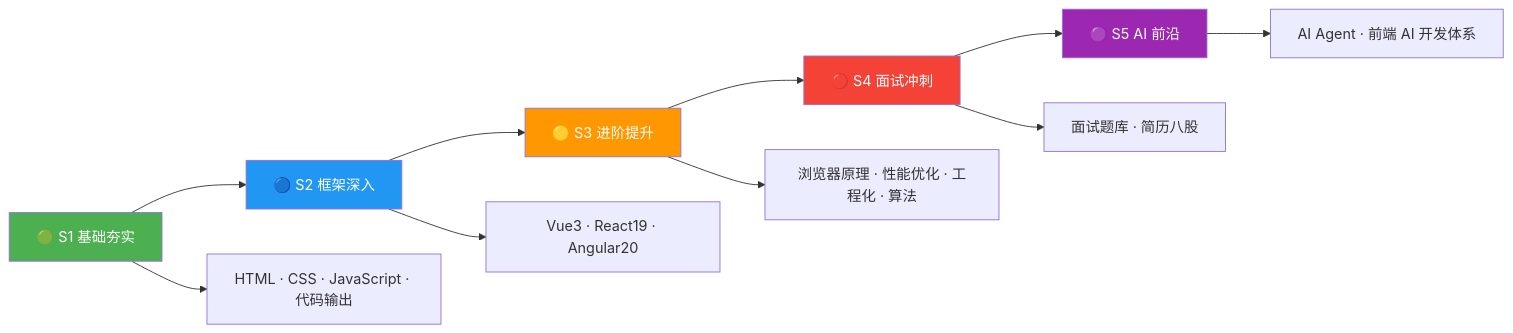
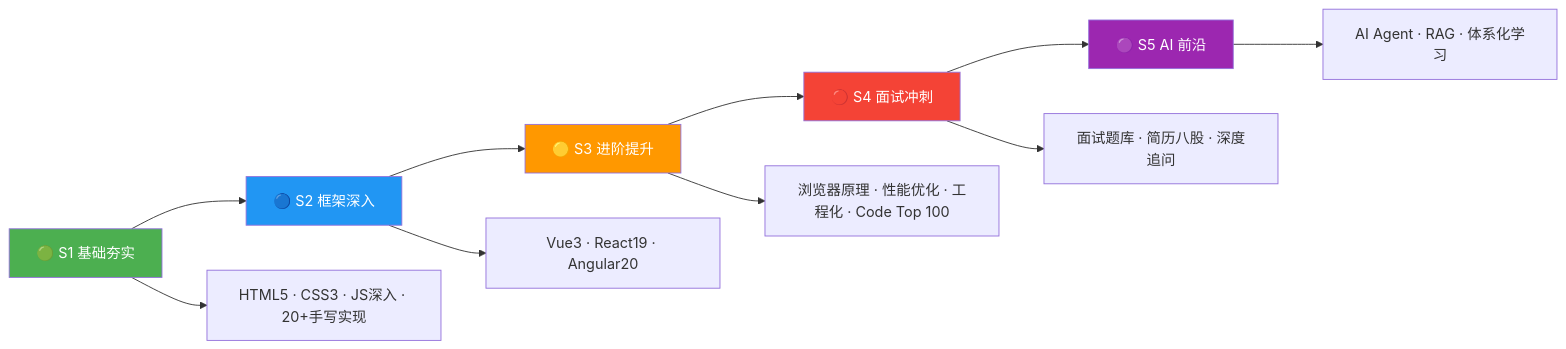
Before and after one commit to KMaybe01/common: the diagram in README.md, drawn with Mermaid. The commit also changed other lines of this file, not shown here.

````diff
--- a/README.md
+++ b/README.md
@@ -9,17 +9,17 @@
 ```mermaid
 graph LR
     S1["🟢 S1 基础夯实"] --> S2["🔵 S2 框架深入"]
     S2 --> S3["🟡 S3 进阶提升"]
     S3 --> S4["🔴 S4 面试冲刺"]
     S4 --> S5["🟣 S5 AI 前沿"]
-    S1 --> A["HTML · CSS · JavaScript · 代码输出"]
+    S1 --> A["HTML5 · CSS3 · JS深入 · 20+手写实现"]
     S2 --> B["Vue3 · React19 · Angular20"]
-    S3 --> C["浏览器原理 · 性能优化 · 工程化 · 算法"]
-    S4 --> D["面试题库 · 简历八股"]
-    S5 --> E["AI Agent · 前端 AI 开发体系"]
+    S3 --> C["浏览器原理 · 性能优化 · 工程化 · Code Top 100"]
+    S4 --> D["面试题库 · 简历八股 · 深度追问"]
+    S5 --> E["AI Agent · RAG · 体系化学习"]
     style S1 fill:#4caf50,color:#fff
     style S2 fill:#2196f3,color:#fff
     style S3 fill:#ff9800,color:#fff
     style S4 fill:#f44336,color:#fff
     style S5 fill:#9c27b0,color:#fff
 ```
````
